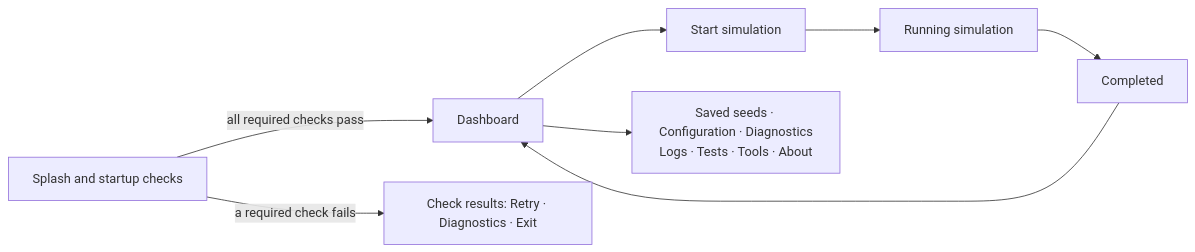
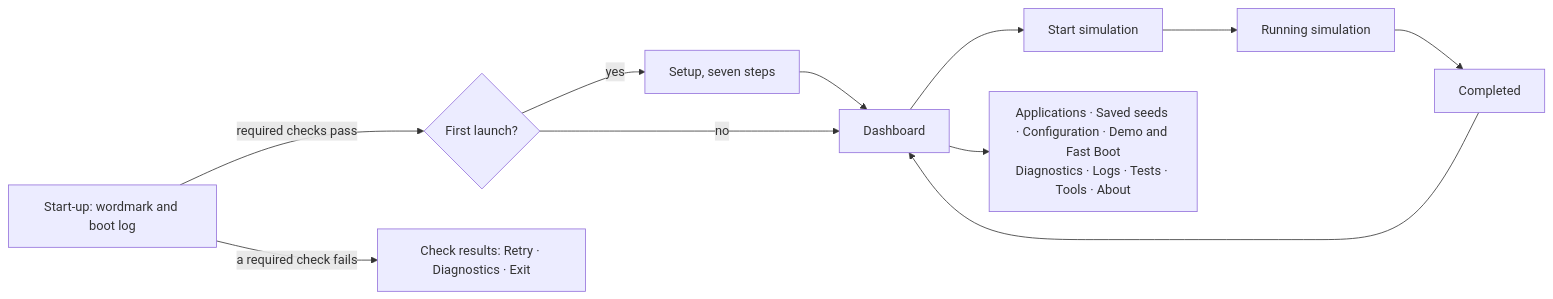
One commit to varunkarthic/DSTNS changed the diagram in docs/guide/operator-cli.md. Above: the diagram before and after it, drawn with Mermaid. The commit also changed other lines of this file and 33 other files, not shown here.

````diff
--- a/docs/guide/operator-cli.md
+++ b/docs/guide/operator-cli.md
@@ -80,8 +77,10 @@
 ```mermaid
 flowchart LR
-    Splash["Splash and startup checks"] -->|"all required checks pass"| Dash["Dashboard"]
+    Splash["Start-up: wordmark and boot log"] -->|"required checks pass"| Setup{"First launch?"}
     Splash -->|"a required check fails"| Fix["Check results: Retry · Diagnostics · Exit"]
+    Setup -->|yes| Wizard["Setup, seven steps"] --> Dash["Dashboard"]
+    Setup -->|no| Dash
     Dash --> Start["Start simulation"] --> Run["Running simulation"] --> Done["Completed"]
     Done --> Dash
-    Dash --> Other["Saved seeds · Configuration · Diagnostics<br/>Logs · Tests · Tools · About"]
+    Dash --> Other["Applications · Saved seeds · Configuration · Demo and Fast Boot<br/>Diagnostics · Logs · Tests · Tools · About"]
 ```
````
